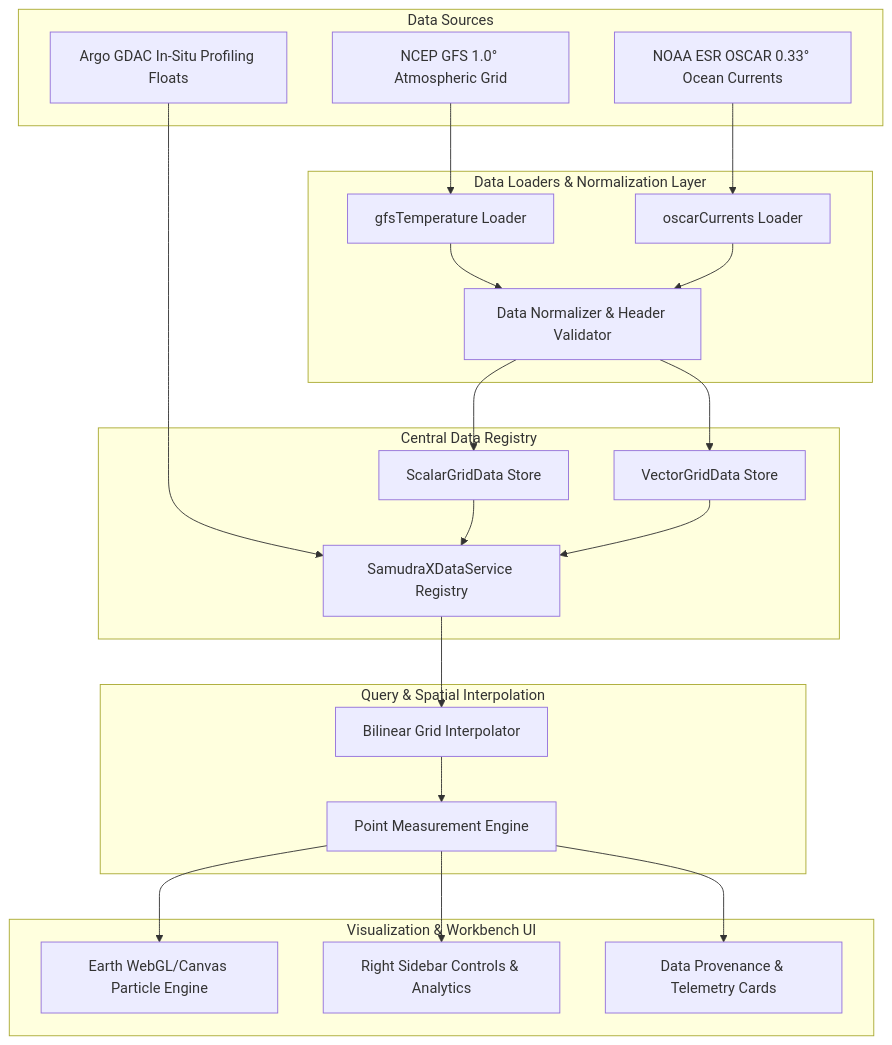
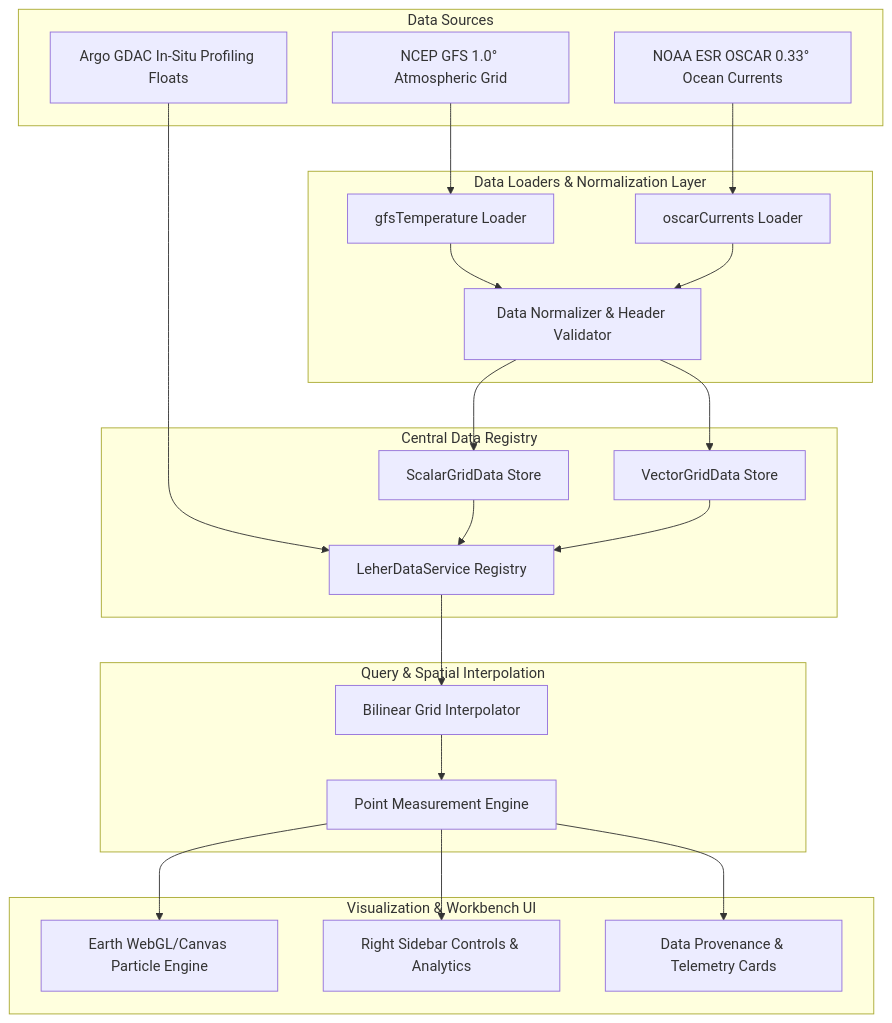
Before and after one commit to DNA-Coded/LEHER: the diagram in DATA_ARCHITECTURE.md, drawn with Mermaid. The commit also changed other lines of this file and 27 other files, not shown here.

Commit message:
feat: implement Leher backend infrastructure, data registry, and ingestion scripts with supporting documentation and setup validation.

````diff
--- a/DATA_ARCHITECTURE.md
+++ b/DATA_ARCHITECTURE.md
@@ -20,51 +20,51 @@
 ```mermaid
 flowchart TD
     subgraph Data Sources
         GFS[NCEP GFS 1.0° Atmospheric Grid]
         OSCAR[NOAA ESR OSCAR 0.33° Ocean Currents]
         ARGO[Argo GDAC In-Situ Profiling Floats]
     end
 
     subgraph Data Loaders & Normalization Layer
         L1[gfsTemperature Loader]
         L2[oscarCurrents Loader]
         N1[Data Normalizer & Header Validator]
     end
 
     subgraph Central Data Registry
-        R[SamudraXDataService Registry]
+        R[LeherDataService Registry]
         C1[ScalarGridData Store]
         C2[VectorGridData Store]
     end
 
     subgraph Query & Spatial Interpolation
         I1[Bilinear Grid Interpolator]
         Q1[Point Measurement Engine]
     end
 
     subgraph Visualization & Workbench UI
         V1[Earth WebGL/Canvas Particle Engine]
         V2[Right Sidebar Controls & Analytics]
         V3[Data Provenance & Telemetry Cards]
     end
 
     GFS --> L1
     OSCAR --> L2
     ARGO --> R
 
     L1 --> N1
     L2 --> N1
 
     N1 --> C1
     N1 --> C2
 
     C1 --> R
     C2 --> R
 
     R --> I1
     I1 --> Q1
 
     Q1 --> V1
     Q1 --> V2
     Q1 --> V3
 ```
````
